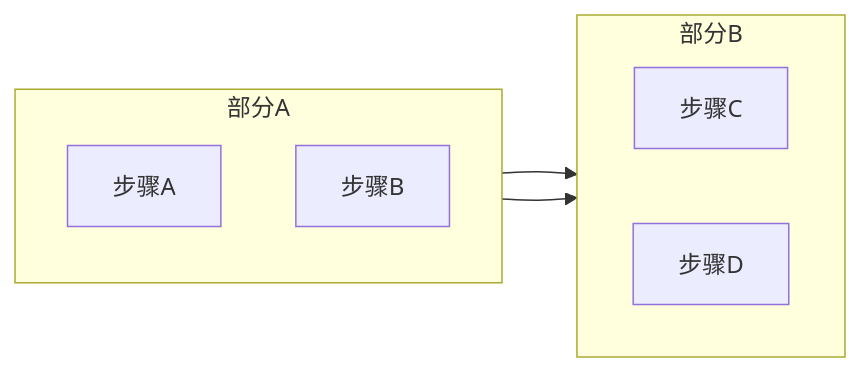
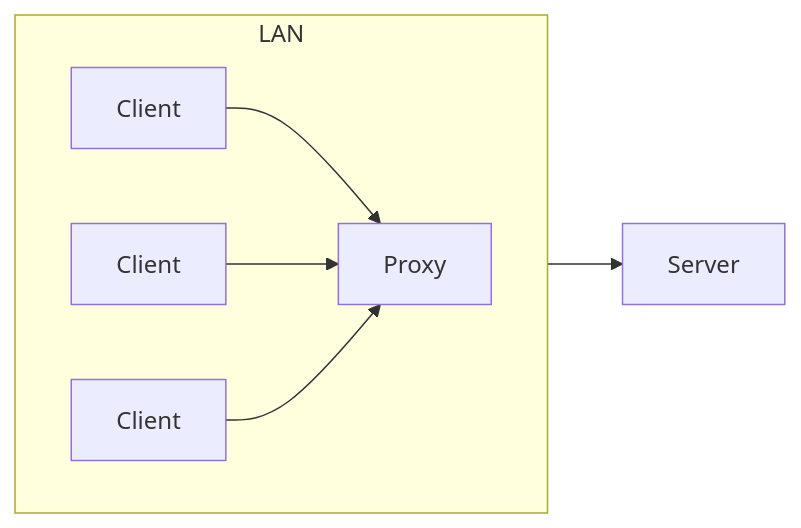
The first of 2 diagrams in web/proxy.md (haroldzkx/minedocs), drawn with Mermaid before and after one commit. The commit also changed other lines of this file, not shown here.

````diff
--- a/web/proxy.md
+++ b/web/proxy.md
@@ -3,17 +3,19 @@
 ```mermaid
+%% 正向代理
 graph LR
-    subgraph 部分A
-        direction TB
-        A[步骤A]
-        B[步骤B]
-    end
 
-    subgraph 部分B
-        direction LR
-        C[步骤C]
-        D[步骤D]
-    end
+subgraph LAN
+    direction LR
+    A[Client]
+    B[Client]
+    C[Client]
+    D[Proxy]
+end
 
-    A --> C
-    B --> D
+E[Server]
+
+A --> D
+B --> D
+C --> D
+D --> E
 ```
````
